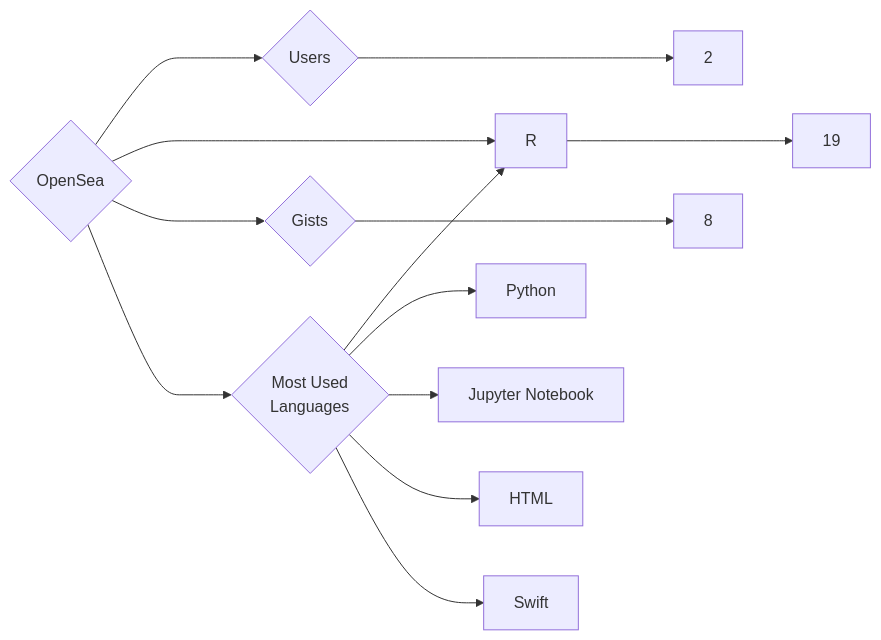
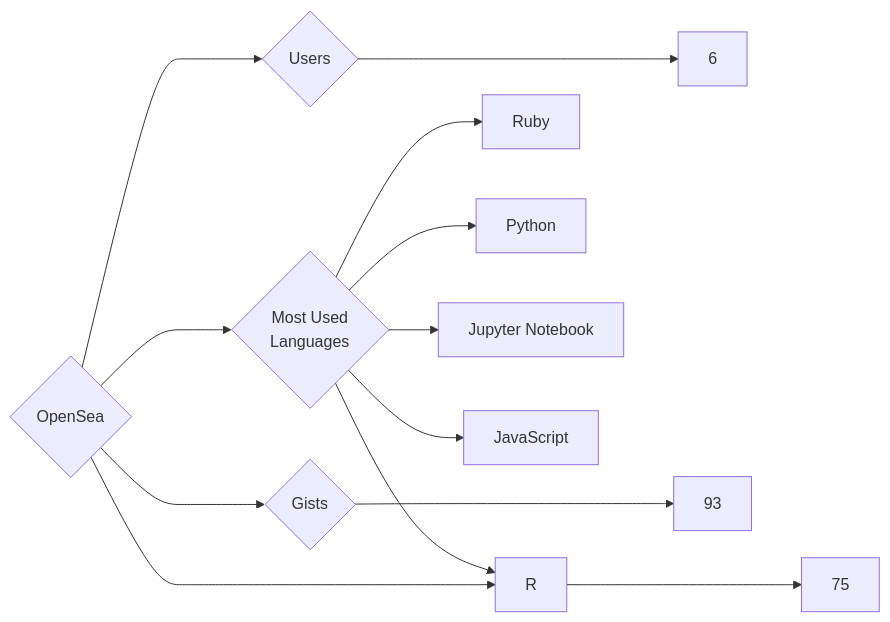
One commit to trickest/insiders changed the diagram in targets/OpenSea/README.md. Above: the diagram before and after it, drawn with Mermaid. The commit also changed 1696 other files, not shown here.

````diff
--- a/targets/OpenSea/README.md
+++ b/targets/OpenSea/README.md
@@ -3,13 +3,13 @@
 ```mermaid
 graph LR
 COMPANY_NAME{OpenSea}
-COMPANY_NAME ---> U{Users} ---> UN[2]
-COMPANY_NAME ---> R{Repositories} ---> RN[19]
-COMPANY_NAME ---> G{Gists} ---> GN[8]
+COMPANY_NAME ---> U{Users} ---> UN[6]
+COMPANY_NAME ---> R{Repositories} ---> RN[75]
+COMPANY_NAME ---> G{Gists} ---> GN[93]
 COMPANY_NAME ---> ML{Most Used<br>Languages}
-ML --> R[R]
+ML --> Ruby[Ruby]
 ML --> Python[Python]
 ML --> Jupyter_Notebook[Jupyter Notebook]
-ML --> HTML[HTML]
-ML --> Swift[Swift]
+ML --> JavaScript[JavaScript]
+ML --> R[R]
 ```
````
